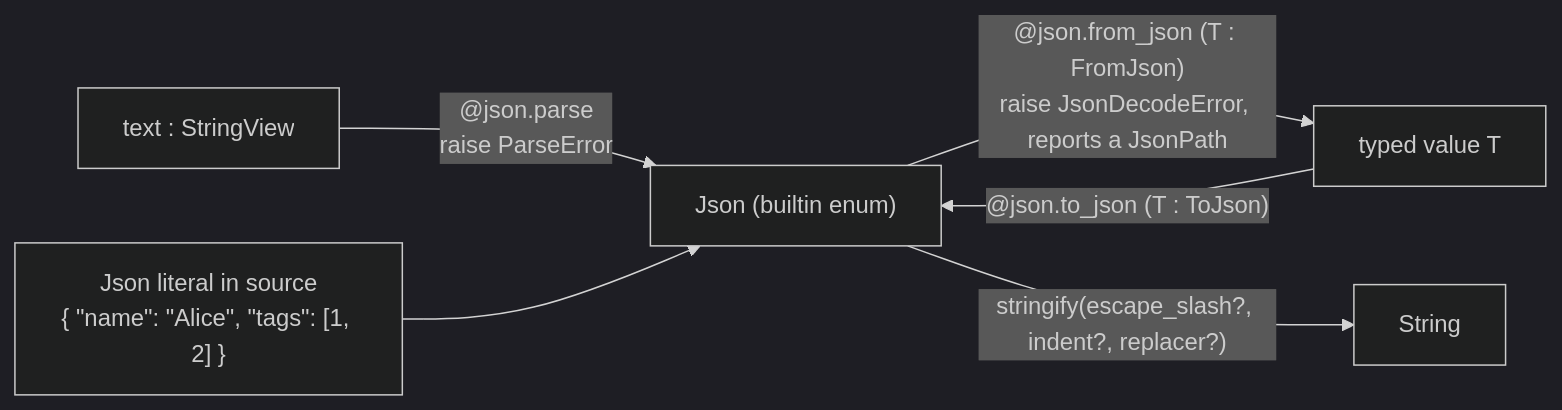
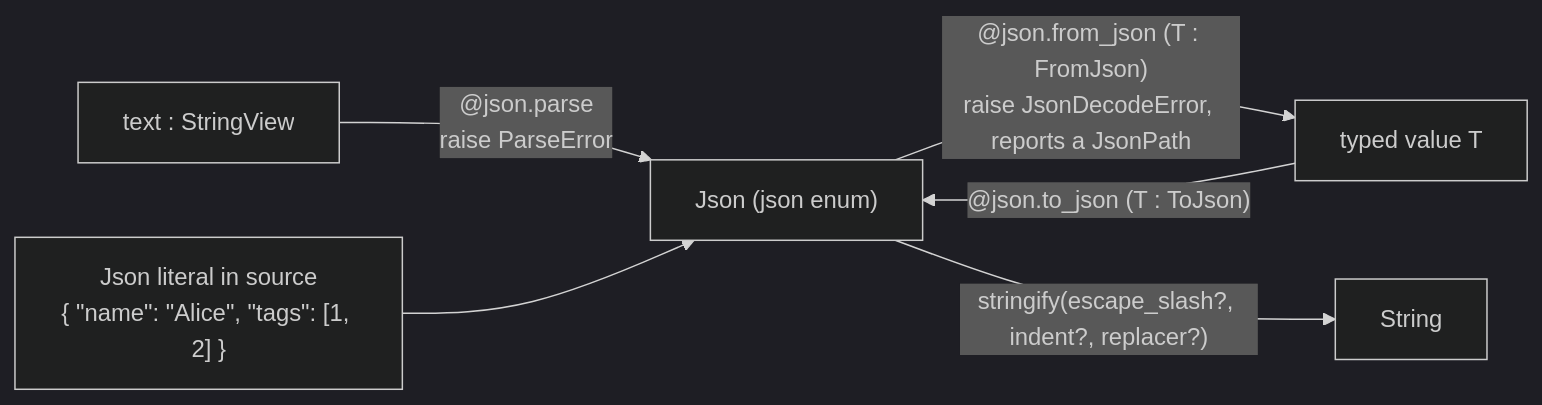
The diagram in json/README.mbt.md (moonbitlang/core), drawn with Mermaid (dark theme) before and after one commit. The commit also changed other lines of this file and 74 other files, not shown here.

````diff
--- a/json/README.mbt.md
+++ b/json/README.mbt.md
@@ -11,8 +12,8 @@
 ```mermaid
 flowchart LR
-  S["text : StringView"] -->|"@json.parse<br/>raise ParseError"| J["Json (builtin enum)"]
+  S["text : StringView"] -->|"@json.parse<br/>raise ParseError"| J["Json (json enum)"]
   L["Json literal in source<br/>{ &quot;name&quot;: &quot;Alice&quot;, &quot;tags&quot;: [1, 2] }"] --> J
   J -->|"@json.from_json (T : FromJson)<br/>raise JsonDecodeError, reports a JsonPath"| T["typed value T"]
   T -->|"@json.to_json (T : ToJson)"| J
   J -->|"stringify(escape_slash?, indent?, replacer?)"| O["String"]
 ```
````
